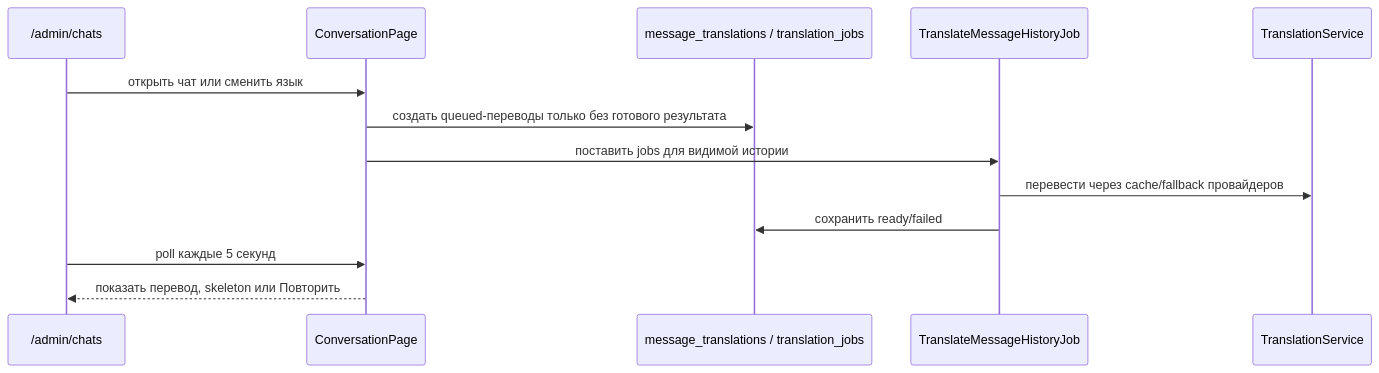
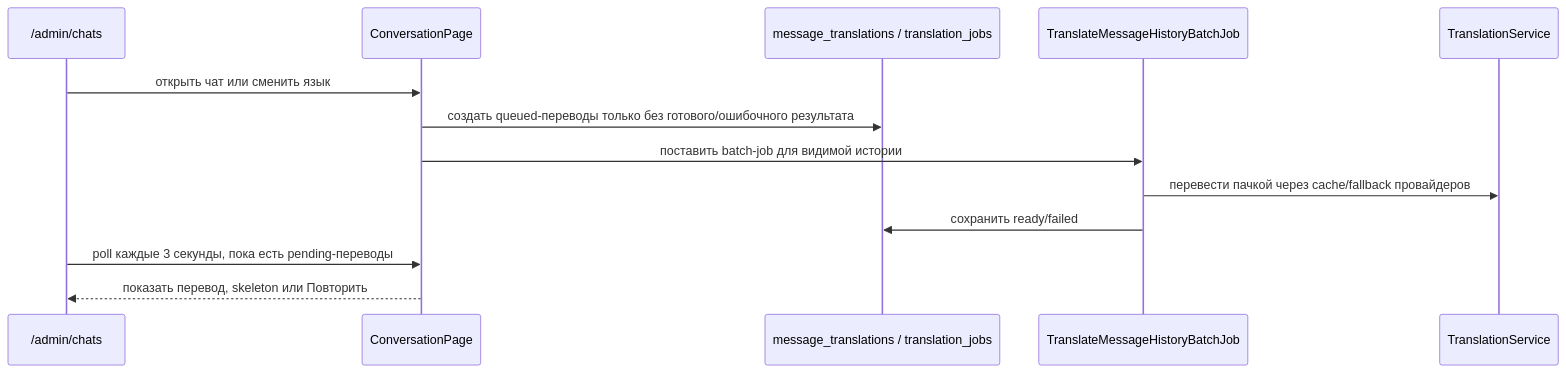
Before and after one commit to ukarshiev/tg-support-bot: the fourth of 4 diagrams in docs/chat-workspace.md, drawn with Mermaid. The commit also changed other lines of this file and 17 other files, not shown here.

````diff
--- a/docs/chat-workspace.md
+++ b/docs/chat-workspace.md
@@ -241,16 +241,16 @@
 ```mermaid
 sequenceDiagram
     participant UI as /admin/chats
     participant LW as ConversationPage
     participant DB as message_translations / translation_jobs
-    participant Q as TranslateMessageHistoryJob
+    participant Q as TranslateMessageHistoryBatchJob
     participant T as TranslationService
 
     UI->>LW: открыть чат или сменить язык
-    LW->>DB: создать queued-переводы только без готового результата
-    LW->>Q: поставить jobs для видимой истории
-    Q->>T: перевести через cache/fallback провайдеров
+    LW->>DB: создать queued-переводы только без готового/ошибочного результата
+    LW->>Q: поставить batch-job для видимой истории
+    Q->>T: перевести пачкой через cache/fallback провайдеров
     Q->>DB: сохранить ready/failed
-    UI->>LW: poll каждые 5 секунд
+    UI->>LW: poll каждые 3 секунды, пока есть pending-переводы
     LW-->>UI: показать перевод, skeleton или Повторить
 ```
````
